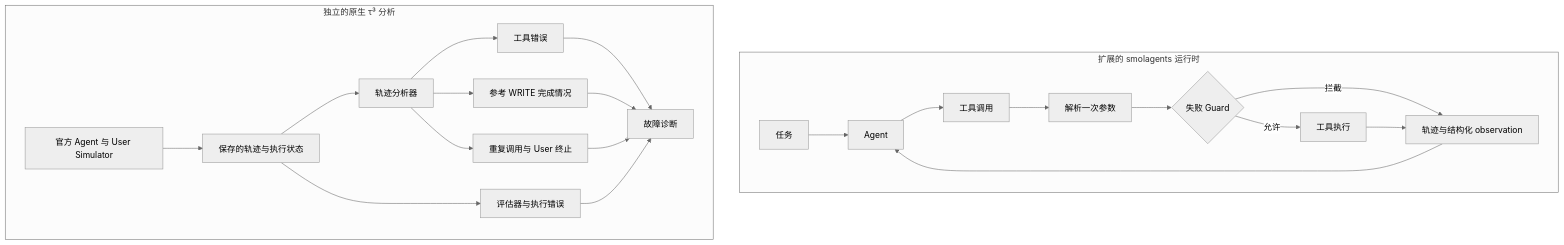
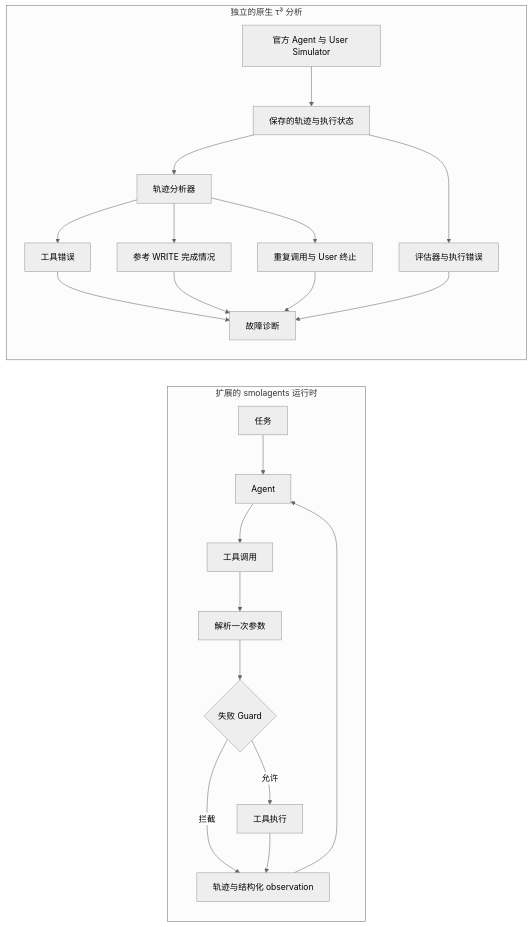
One commit to Kk111777/ReliableToolAgent changed the diagram in README.zh-CN.md. Above: the diagram before and after it, drawn with Mermaid (neutral theme). The commit also changed 1 other file, not shown here.

Commit message:
docs: keep both architecture workflows readable

````diff
--- a/README.zh-CN.md
+++ b/README.zh-CN.md
@@ -61,26 +61,27 @@
 ```mermaid
-flowchart TB
+flowchart LR
     subgraph Runtime[扩展的 smolagents 运行时]
-        direction LR
+        direction TB
         T[任务] --> A[Agent]
         A --> C[工具调用]
         C --> R[解析一次参数]
         R --> G{失败 Guard}
         G -->|允许| E[工具执行]
         G -->|拦截| O[轨迹与结构化 observation]
         E --> O
         O --> A
     end
     subgraph Retail[独立的原生 τ³ 分析]
+        direction TB
         N[官方 Agent 与 User Simulator] --> S[保存的轨迹与执行状态]
         S --> D[轨迹分析器]
         D --> F[工具错误]
         D --> W[参考 WRITE 完成情况]
         D --> X[重复调用与 User 终止]
         F --> B[故障诊断]
         W --> B
         X --> B
         S --> V[评估器与执行错误]
         V --> B
     end
 ```
````
